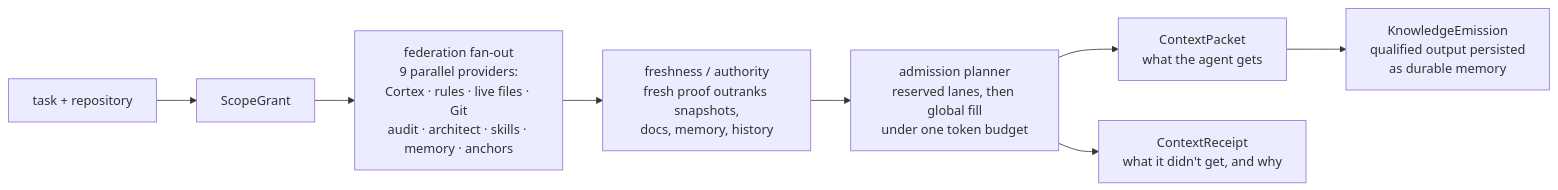
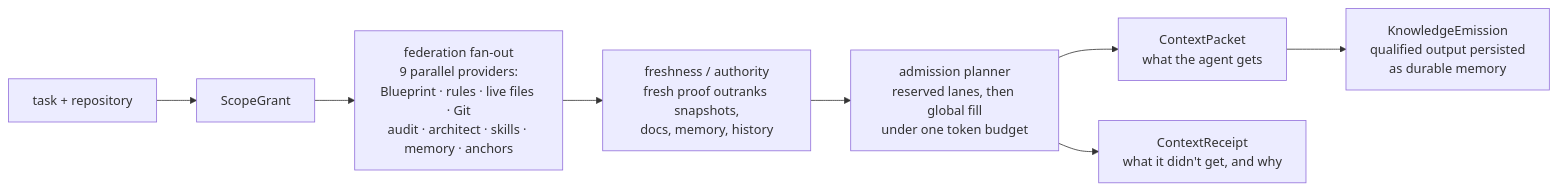
The diagram in README.md (Orthic-Labs/Membrane), drawn with Mermaid before and after one commit. The commit also changed other lines of this file and 127 other files, not shown here.

First line of the commit message:
rename: repo-truth Cortex to Blueprint in parent Membrane consumers

````diff
--- a/README.md
+++ b/README.md
@@ -21,10 +21,10 @@
 ```mermaid
 flowchart LR
     T[task + repository] --> SG[ScopeGrant]
-    SG --> F[federation fan-out<br/>9 parallel providers:<br/>Cortex · rules · live files · Git<br/>audit · architect · skills · memory · anchors]
+    SG --> F[federation fan-out<br/>9 parallel providers:<br/>Blueprint · rules · live files · Git<br/>audit · architect · skills · memory · anchors]
     F --> FA[freshness / authority<br/>fresh proof outranks snapshots,<br/>docs, memory, history]
     FA --> AP[admission planner<br/>reserved lanes, then global fill<br/>under one token budget]
     AP --> CP[ContextPacket<br/>what the agent gets]
     AP --> CR[ContextReceipt<br/>what it didn't get, and why]
     CP --> KE[KnowledgeEmission<br/>qualified output persisted<br/>as durable memory]
 ```
````
